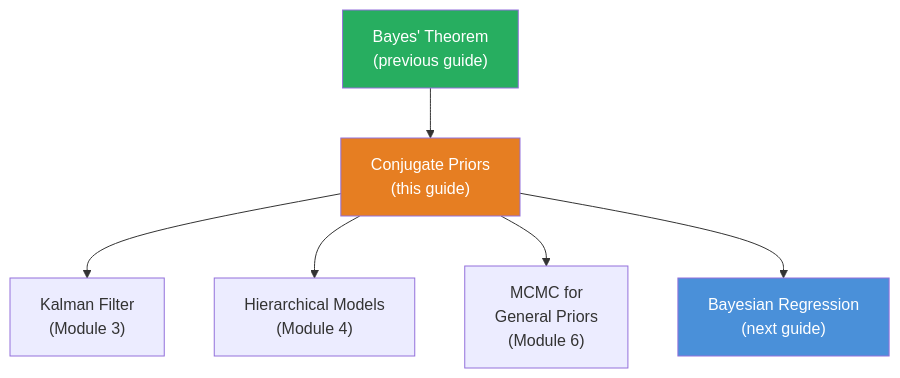
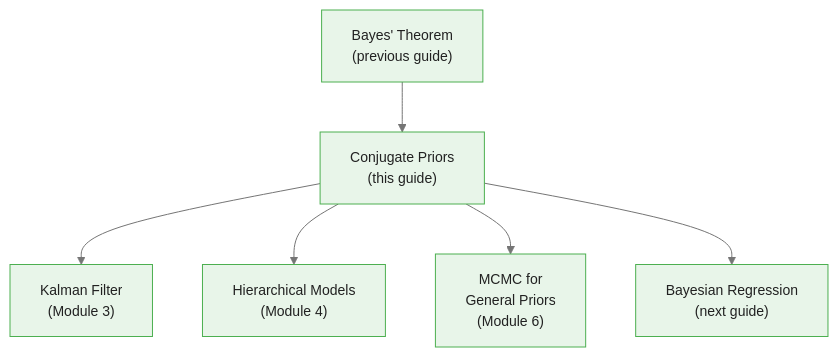
One commit to m-deane/course-creator changed the third of 3 diagrams in courses/bayesian-commodity-forecasting/modules/module_01_bayesian_fundamentals/guides/02_conjugate_priors_slides.md. Above: the diagram before and after it, drawn with Mermaid. The commit also changed other lines of this file and 104 other files, not shown here.

````diff
--- a/courses/bayesian-commodity-forecasting/modules/module_01_bayesian_fundamentals/guides/02_conjugate_priors_slides.md
+++ b/courses/bayesian-commodity-forecasting/modules/module_01_bayesian_fundamentals/guides/02_conjugate_priors_slides.md
@@ -399,11 +410,9 @@
 ```mermaid
+%%{init: {"theme": "base", "themeVariables": {"primaryColor": "#e8f5e9", "primaryBorderColor": "#4caf50", "primaryTextColor": "#212121", "secondaryColor": "#e3f2fd", "tertiaryColor": "#fff8e1", "lineColor": "#757575", "fontFamily": "Inter, sans-serif", "fontSize": "14px"}}}%%
 flowchart TD
     CP["Conjugate Priors\n(this guide)"] --> KF["Kalman Filter\n(Module 3)"]
     CP --> HM["Hierarchical Models\n(Module 4)"]
     CP --> MCMC["MCMC for\nGeneral Priors\n(Module 6)"]
     BT["Bayes' Theorem\n(previous guide)"] --> CP
     CP --> BR["Bayesian Regression\n(next guide)"]
-    style CP fill:#e67e22,color:#fff
-    style BT fill:#27ae60,color:#fff
-    style BR fill:#4a90d9,color:#fff
 ```
````
